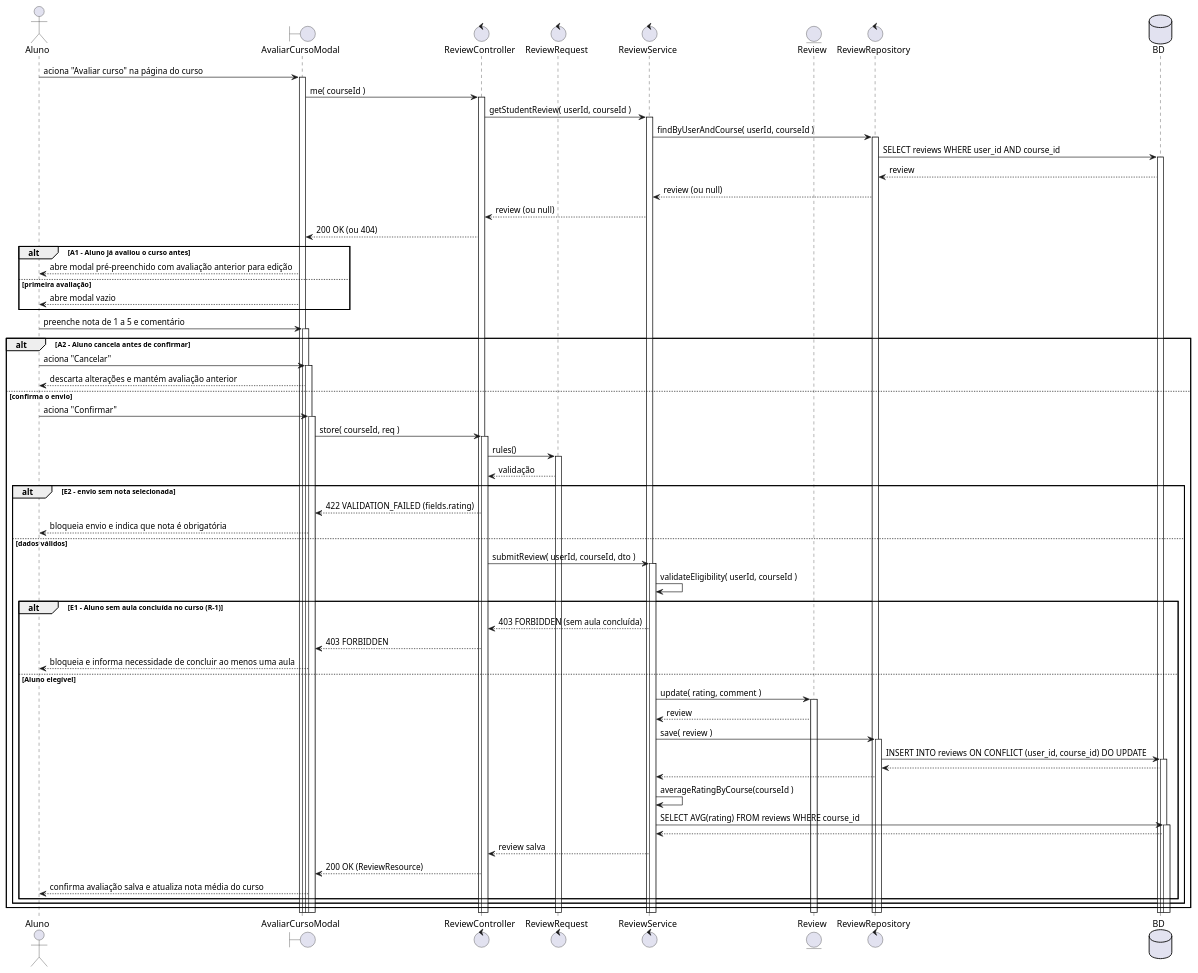
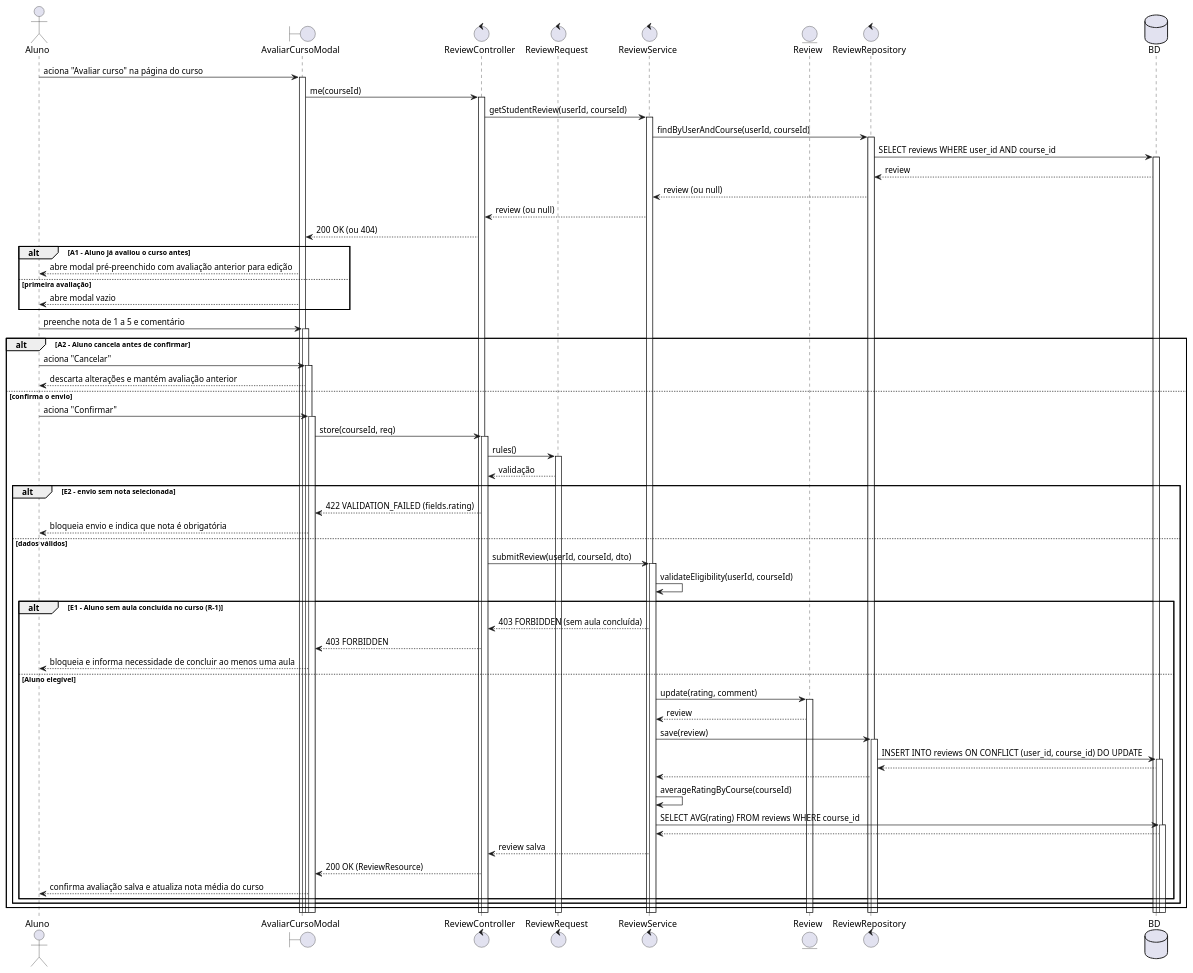
The diagram in scripts/drawio-seqgen/exemplos/14-sequencia-uc010.puml (Plataforma-de-Cursos-TCC/plataforma-cursos-docs), drawn with PlantUML before and after one commit. The commit also changed 17 other files, not shown here.

First line of the commit message:
docs(diagrama-de-sequencia): remove spaces inside call parentheses

```diff
--- a/scripts/drawio-seqgen/exemplos/14-sequencia-uc010.puml
+++ b/scripts/drawio-seqgen/exemplos/14-sequencia-uc010.puml
@@ -3,59 +3,59 @@
 @startuml 14-sequencia-uc010
 actor Aluno
 boundary AvaliarCursoModal
 control ReviewController
 control ReviewRequest
 control ReviewService
 entity Review
 control ReviewRepository
 database BD
 Aluno -> AvaliarCursoModal ++ : aciona "Avaliar curso" na página do curso
-AvaliarCursoModal -> ReviewController ++ : me( courseId )
-ReviewController -> ReviewService ++ : getStudentReview( userId, courseId )
-ReviewService -> ReviewRepository ++ : findByUserAndCourse( userId, courseId )
+AvaliarCursoModal -> ReviewController ++ : me(courseId)
+ReviewController -> ReviewService ++ : getStudentReview(userId, courseId)
+ReviewService -> ReviewRepository ++ : findByUserAndCourse(userId, courseId)
 ReviewRepository -> BD ++ : SELECT reviews WHERE user_id AND course_id
 BD --> ReviewRepository : review
 ReviewRepository --> ReviewService : review (ou null)
 ReviewService --> ReviewController : review (ou null)
 ReviewController --> AvaliarCursoModal : 200 OK (ou 404)
 alt A1 - Aluno já avaliou o curso antes
 AvaliarCursoModal --> Aluno : abre modal pré-preenchido com avaliação anterior para edição
 else primeira avaliação
 AvaliarCursoModal --> Aluno : abre modal vazio
 end
 Aluno -> AvaliarCursoModal ++ : preenche nota de 1 a 5 e comentário
 alt A2 - Aluno cancela antes de confirmar
 Aluno -> AvaliarCursoModal ++ : aciona "Cancelar"
 AvaliarCursoModal --> Aluno : descarta alterações e mantém avaliação anterior
 else confirma o envio
 Aluno -> AvaliarCursoModal ++ : aciona "Confirmar"
-AvaliarCursoModal -> ReviewController ++ : store( courseId, req )
+AvaliarCursoModal -> ReviewController ++ : store(courseId, req)
 ReviewController -> ReviewRequest ++ : rules()
 ReviewRequest --> ReviewController : validação
 alt E2 - envio sem nota selecionada
 ReviewController --> AvaliarCursoModal : 422 VALIDATION_FAILED (fields.rating)
 AvaliarCursoModal --> Aluno : bloqueia envio e indica que nota é obrigatória
 else dados válidos
-ReviewController -> ReviewService ++ : submitReview( userId, courseId, dto )
-ReviewService -> ReviewService : validateEligibility( userId, courseId )
+ReviewController -> ReviewService ++ : submitReview(userId, courseId, dto)
+ReviewService -> ReviewService : validateEligibility(userId, courseId)
 alt E1 - Aluno sem aula concluída no curso (R-1)
 ReviewService --> ReviewController : 403 FORBIDDEN (sem aula concluída)
 ReviewController --> AvaliarCursoModal : 403 FORBIDDEN
 AvaliarCursoModal --> Aluno : bloqueia e informa necessidade de concluir ao menos uma aula
 else Aluno elegível
-ReviewService -> Review ++ : update( rating, comment )
+ReviewService -> Review ++ : update(rating, comment)
 Review --> ReviewService : review
-ReviewService -> ReviewRepository ++ : save( review )
+ReviewService -> ReviewRepository ++ : save(review)
 ReviewRepository -> BD ++ : INSERT INTO reviews ON CONFLICT (user_id, course_id) DO UPDATE
 BD --> ReviewRepository
 ReviewRepository --> ReviewService
-ReviewService -> ReviewService : averageRatingByCourse(courseId )
+ReviewService -> ReviewService : averageRatingByCourse(courseId)
 ReviewService -> BD ++ : SELECT AVG(rating) FROM reviews WHERE course_id
 BD --> ReviewService
 ReviewService --> ReviewController : review salva
 ReviewController --> AvaliarCursoModal : 200 OK (ReviewResource)
 AvaliarCursoModal --> Aluno : confirma avaliação salva e atualiza nota média do curso
 end
 end
 end
 @enduml
```
